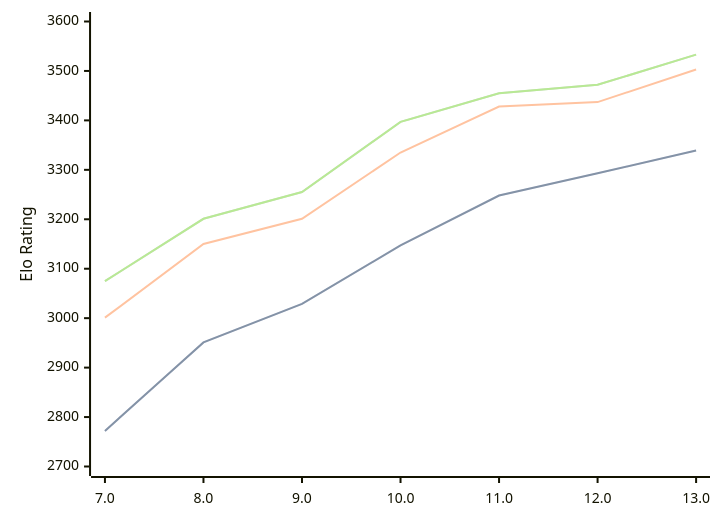
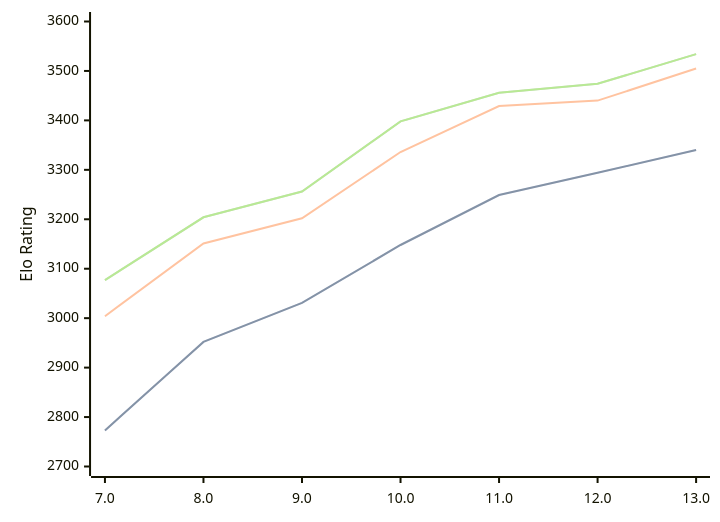
The diagram in engines/Tcheran.md (computer-chess-index/cci), drawn with Mermaid before and after one commit. The commit also changed other lines of this file, not shown here.

Commit message:
Update CCI Ratings (ELO VLTC) - 2026-10-09

````diff
--- a/engines/Tcheran.md
+++ b/engines/Tcheran.md
@@ -37,11 +37,11 @@
 ```mermaid
 %%{init: {"theme":"base","themeVariables":{"seriesColors:['#a3a3a3','#222221','#faa371']}}}%%
 xychart-beta
   x-axis ["7.0", "8.0", "9.0", "10.0", "11.0", "12.0", "13.0"]
   y-axis "Elo Rating" 2700 --> 3600
-  line "" [2772, 2951, 3029, 3147, 3248, 3293, 3339]
-  line "STC (8.0+0.08s)" [2772, 2951, 3029, 3147, 3248, 3293, 3339]
-  line "LTC (60.0+0.60s)" [3001, 3150, 3201, 3335, 3428, 3437, 3503]
-  line "" [3075, 3201, 3255, 3397, 3455, 3472, 3533]
-  line "VLTC (2m24s+1.12s)" [3075, 3201, 3255, 3397, 3455, 3472, 3533]
+  line "" [2773, 2952, 3031, 3148, 3249, 3294, 3340]
+  line "STC (8.0+0.08s)" [2773, 2952, 3031, 3148, 3249, 3294, 3340]
+  line "LTC (60.0+0.60s)" [3004, 3151, 3202, 3336, 3429, 3440, 3505]
+  line "" [3077, 3204, 3256, 3398, 3456, 3474, 3534]
+  line "VLTC (2m24s+1.12s)" [3077, 3204, 3256, 3398, 3456, 3474, 3534]
 ```
````
